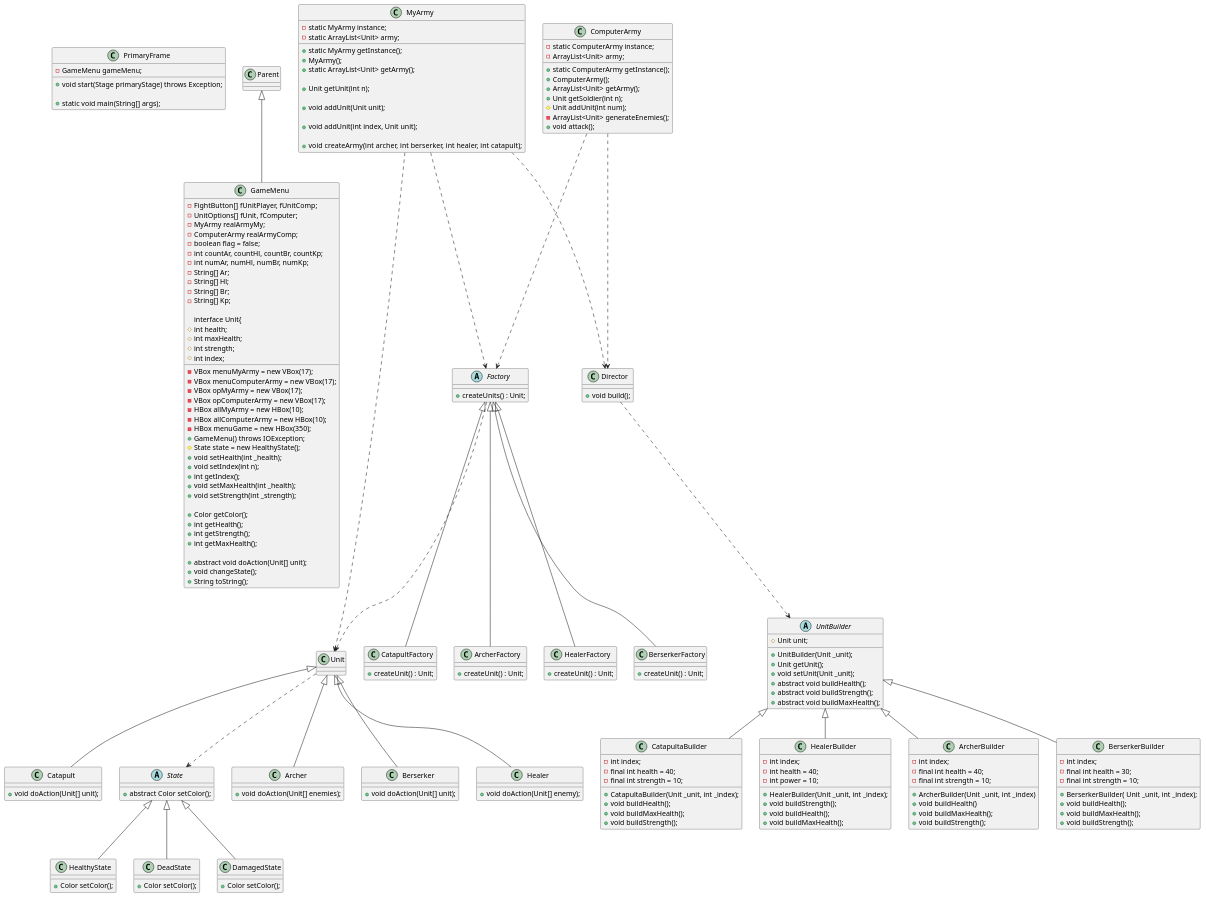
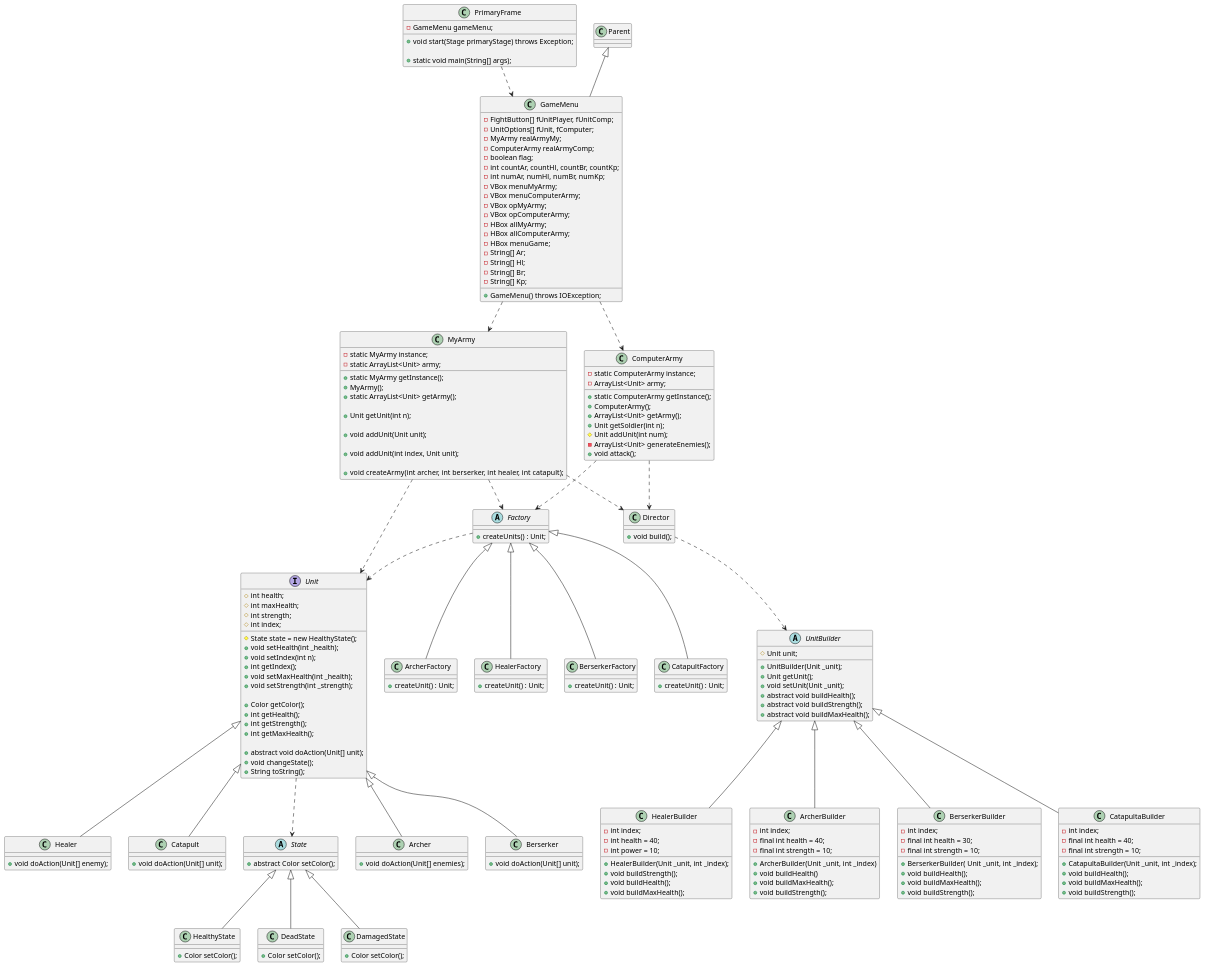
One commit to urban-cosmonaut-tales/pattern_game changed the diagram in src/classesuml.puml. Above: the diagram before and after it, drawn with PlantUML. The commit also changed 3 other files, not shown here.

```diff
--- a/src/classesuml.puml
+++ b/src/classesuml.puml
@@ -1,186 +1,190 @@
 @startuml
 class PrimaryFrame{
  - GameMenu gameMenu;
     + void start(Stage primaryStage) throws Exception;
 
     + static void main(String[] args);
 }
 class GameMenu extends Parent {
     - FightButton[] fUnitPlayer, fUnitComp;
     - UnitOptions[] fUnit, fComputer;
     - MyArmy realArmyMy;
     - ComputerArmy realArmyComp;
-    - boolean flag = false;
+    - boolean flag;
     - int countAr, countHl, countBr, countKp;
     - int numAr, numHl, numBr, numKp;
-    - VBox menuMyArmy = new VBox(17);
-    - VBox menuComputerArmy = new VBox(17);
-    - VBox opMyArmy = new VBox(17);
-    - VBox opComputerArmy = new VBox(17);
-    - HBox allMyArmy = new HBox(10);
-    - HBox allComputerArmy = new HBox(10);
-    - HBox menuGame = new HBox(350);
+    - VBox menuMyArmy;
+    - VBox menuComputerArmy;
+    - VBox opMyArmy;
+    - VBox opComputerArmy;
+    - HBox allMyArmy;
+    - HBox allComputerArmy;
+    - HBox menuGame;
     - String[] Ar;
     - String[] Hl;
     - String[] Br;
     - String[] Kp;
     + GameMenu() throws IOException;
+}
+PrimaryFrame ..> GameMenu
+GameMenu ..> ComputerArmy
+GameMenu ..> MyArmy
 
 interface Unit{
   # int health;
      # int maxHealth;
      # int strength;
      # State state = new HealthyState();
      # int index;
 
      + void setHealth(int _health);
      + void setIndex(int n);
      + int getIndex();
      + void setMaxHealth(int _health);
      + void setStrength(int _strength);
 
      + Color getColor();
      + int getHealth();
      + int getStrength();
      + int getMaxHealth();
 
      + abstract void doAction(Unit[] unit);
      + void changeState();
      + String toString();
 }
 class Archer extends Unit{
     + void doAction(Unit[] enemies);
 }
 class Berserker extends Unit{
     + void doAction(Unit[] unit);
 }
 
 class Healer extends Unit{
     + void doAction(Unit[] enemy);
 }
 
 class Catapult extends Unit{
     + void doAction(Unit[] unit);
 }
 
 
 Abstract class Factory{
 +createUnits() : Unit;
 }
 class ArcherFactory extends Factory{
 + createUnit() : Unit;
 }
 class HealerFactory extends Factory{
 + createUnit() : Unit;
 }
 class BerserkerFactory extends Factory{
 + createUnit() : Unit;
 }
 class CatapultFactory extends Factory{
 + createUnit() : Unit;
 }
 
 
 abstract class UnitBuilder{
 # Unit unit;
     + UnitBuilder(Unit _unit);
     + Unit getUnit();
     + void setUnit(Unit _unit);
     + abstract void buildHealth();
     + abstract void buildStrength();
     + abstract void buildMaxHealth();
 
 }
 class Director{
 + void build();
 }
 class ArcherBuilder extends UnitBuilder {
     - int index;
     - final int health = 40;
     - final int strength = 10;
     + ArcherBuilder(Unit _unit, int _index)
     + void buildHealth()
     + void buildMaxHealth();
     + void buildStrength();
 }
 class BerserkerBuilder extends UnitBuilder{
     - int index;
     - final int health = 30;
     - final int strength = 10;
     + BerserkerBuilder( Unit _unit, int _index);
     + void buildHealth();
     + void buildMaxHealth();
     + void buildStrength();
 }
 class CatapultaBuilder extends UnitBuilder{
     - int index;
     - final int health = 40;
     - final int strength = 10;
     + CatapultaBuilder(Unit _unit, int _index);
     + void buildHealth();
     + void buildMaxHealth();
     + void buildStrength();
 }
 class HealerBuilder extends UnitBuilder {
      - int index;
      - int health = 40;
      - int power = 10;
      + HealerBuilder(Unit _unit, int _index);
      + void buildStrength();
      + void buildHealth();
      + void buildMaxHealth();
 }
 
 abstract class State {
     + abstract Color setColor();
 }
 class HealthyState extends State {
     + Color setColor();
 }
 class DeadState extends State {
     + Color setColor();
 }
 class DamagedState extends State {
     + Color setColor();
 }
 class ComputerArmy {
     - static ComputerArmy instance;
     + static ComputerArmy getInstance();
     - ArrayList<Unit> army;
     + ComputerArmy();
     + ArrayList<Unit> getArmy();
     + Unit getSoldier(int n);
     # Unit addUnit(int num);
     - ArrayList<Unit> generateEnemies();
     + void attack();
 
 }
 ComputerArmy..> Director
 ComputerArmy ..> Factory
 Factory ..> Unit
 
 Unit ..> State
 
 
 class MyArmy {
     - static MyArmy instance;
     - static ArrayList<Unit> army;
 
     + static MyArmy getInstance();
     + MyArmy();
     + static ArrayList<Unit> getArmy();
 
     + Unit getUnit(int n);
 
     + void addUnit(Unit unit);
 
     + void addUnit(int index, Unit unit);
 
     + void createArmy(int archer, int berserker, int healer, int catapult);
 }
 MyArmy ..> Unit
 Director ..> UnitBuilder
 MyArmy ..> Factory
 MyArmy..> Director
 
 @enduml
```
